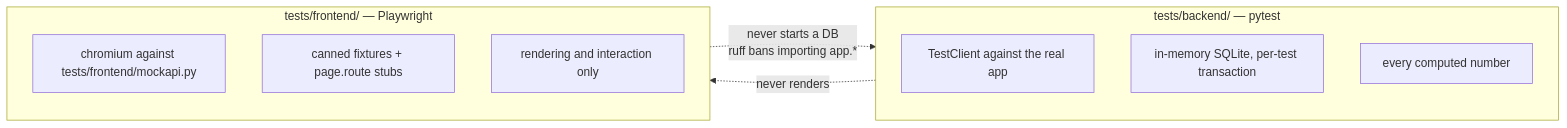
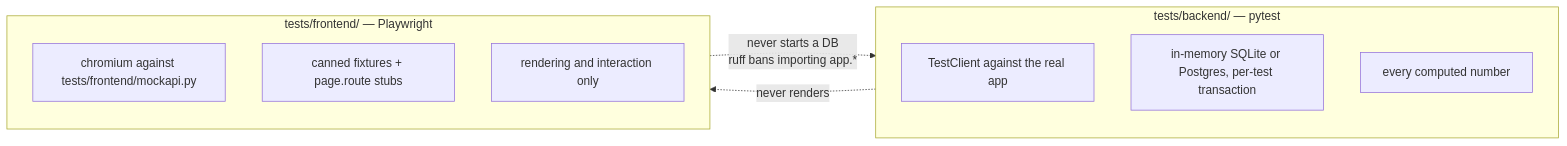
One commit to pehala/tripaccounter changed the sixth of 7 diagrams in design/ARCHITECTURE.md. Above: the diagram before and after it, drawn with Mermaid. The commit also changed 6 other files, not shown here.

````diff
--- a/design/ARCHITECTURE.md
+++ b/design/ARCHITECTURE.md
@@ -224,19 +224,19 @@
 ```mermaid
 flowchart LR
     subgraph backend["tests/backend/ — pytest"]
         direction TB
         b1["TestClient against the real app"]
-        b2["in-memory SQLite, per-test transaction"]
+        b2["in-memory SQLite or Postgres, per-test transaction"]
         b3["every computed number"]
     end
 
     subgraph frontend["tests/frontend/ — Playwright"]
         direction TB
         f1["chromium against tests/frontend/mockapi.py"]
         f2["canned fixtures + page.route stubs"]
         f3["rendering and interaction only"]
     end
 
     backend -.->|"never renders"| frontend
     frontend -.->|"never starts a DB<br/>ruff bans importing app.*"| backend
 ```
````
